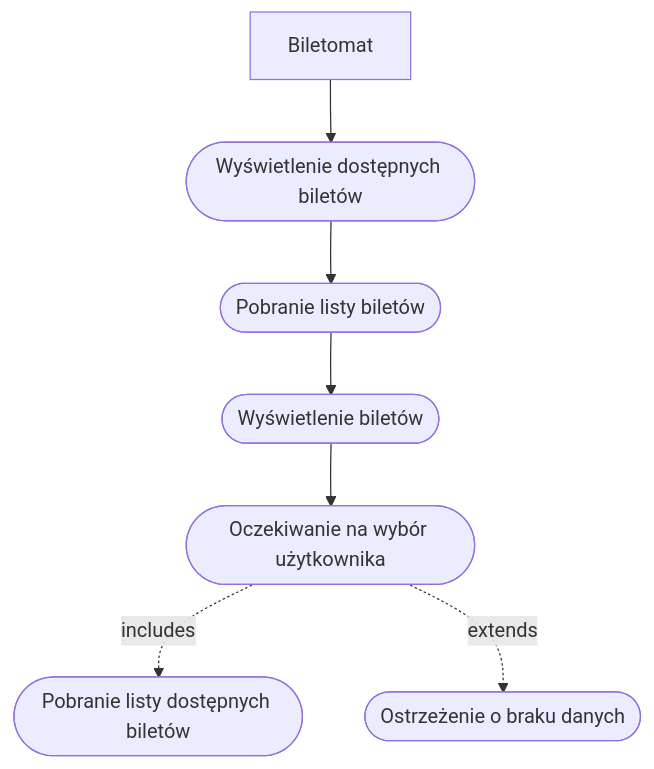
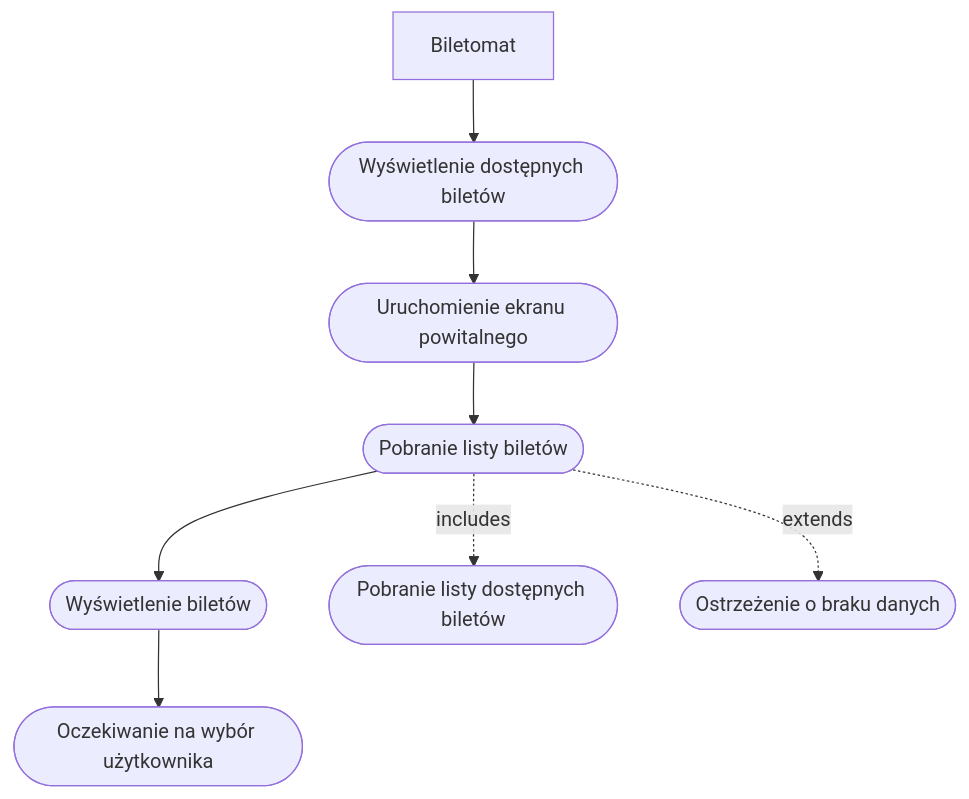
One commit to s3r10us3r/mwo_lab4 changed the first of 2 diagrams in biletomat.md. Above: the diagram before and after it, drawn with Mermaid. The commit also changed other lines of this file, not shown here.

Commit message:
Update do diagramu wyświetlenia dostępnych biletów oraz połączenie ddiagramów

````diff
--- a/biletomat.md
+++ b/biletomat.md
@@ -14,9 +15,10 @@
 ```mermaid
 flowchart TD
     A[Biletomat] --> B@{shape: stadium, label: "Wyświetlenie dostępnych biletów"}
-    B --> C@{shape: stadium, label: "Pobranie listy biletów"}
+    B --> H@{shape: stadium, label: "Uruchomienie ekranu powitalnego"}
+    H --> C@{shape: stadium, label: "Pobranie listy biletów"}
     C --> D@{shape: stadium, label: "Wyświetlenie biletów"}
     D --> E@{shape: stadium, label: "Oczekiwanie na wybór użytkownika"}
-    E -.includes.-> F@{shape: stadium, label: "Pobranie listy dostępnych biletów"}
-    E -.extends.-> G@{shape: stadium, label: "Ostrzeżenie o braku danych"}
+    C -.includes.-> F@{shape: stadium, label: "Pobranie listy dostępnych biletów"}
+    C -.extends.-> G@{shape: stadium, label: "Ostrzeżenie o braku danych"}
 ```
````
